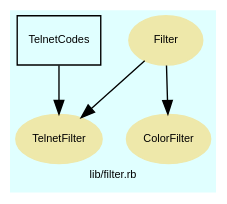
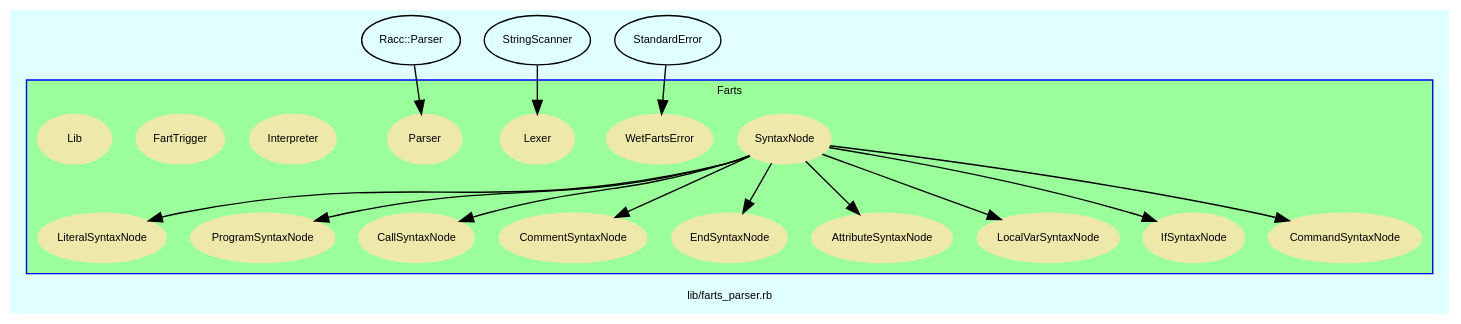
The diagram in doc/dot/f_8.dot (Tyche/teensymud), drawn with Graphviz before and after one commit. The commit also changed 166 other files, not shown here.

```diff
--- a/doc/dot/f_8.dot
+++ b/doc/dot/f_8.dot
@@ -3,56 +3,234 @@
     bgcolor = lightcyan1
     fontname = Arial
     fontsize = 8
-    label = "lib/filter.rb"
+    label = "lib/farts_parser.rb"
     node [
         fontname = Arial,
         fontsize = 8,
         color = black
     ]
 
-    TelnetFilter [
-        fontcolor = black,
-        URL = "classes/TelnetFilter.html",
-        shape = ellipse,
-        color = palegoldenrod,
-        style = filled,
-        label = "TelnetFilter"
-    ]
-
-    Filter [
-        fontcolor = black,
-        URL = "classes/Filter.html",
-        shape = ellipse,
-        color = palegoldenrod,
-        style = filled,
-        label = "Filter"
-    ]
-
-    ColorFilter [
-        fontcolor = black,
-        URL = "classes/ColorFilter.html",
-        shape = ellipse,
-        color = palegoldenrod,
-        style = filled,
-        label = "ColorFilter"
-    ]
-
-    TelnetCodes [
-        URL = "classes/TelnetCodes.html",
-        shape = box,
-        label = "TelnetCodes"
-    ]
-
-    TelnetCodes -> TelnetFilter [
+    Farts__SyntaxNode -> Farts__LiteralSyntaxNode [
 
     ]
 
-    Filter -> TelnetFilter [
+    Farts__SyntaxNode -> Farts__ProgramSyntaxNode [
 
     ]
 
-    Filter -> ColorFilter [
+    Racc__Parser [
+        URL = "classes/Racc/Parser.html",
+        label = "Racc::Parser"
+    ]
+
+    Racc__Parser -> Farts__Parser [
 
     ]
 
+    Farts__SyntaxNode -> Farts__CallSyntaxNode [
+
+    ]
+
+    Farts__SyntaxNode -> Farts__CommentSyntaxNode [
+
+    ]
+
+    Farts__SyntaxNode -> Farts__EndSyntaxNode [
+
+    ]
+
+    Farts__SyntaxNode -> Farts__AttributeSyntaxNode [
+
+    ]
+
+    Farts__SyntaxNode -> Farts__LocalVarSyntaxNode [
+
+    ]
+
+    StringScanner [
+        URL = "classes/StringScanner.html",
+        label = "StringScanner"
+    ]
+
+    StringScanner -> Farts__Lexer [
+
+    ]
+
+    Farts__SyntaxNode -> Farts__IfSyntaxNode [
+
+    ]
+
+    StandardError [
+        URL = "classes/StandardError.html",
+        label = "StandardError"
+    ]
+
+    StandardError -> Farts__WetFartsError [
+
+    ]
+
+    Farts__SyntaxNode -> Farts__CommandSyntaxNode [
+
+    ]
+
+    subgraph cluster_Farts {
+        fillcolor = palegreen1
+        URL = "classes/Farts.html"
+        fontname = Arial
+        color = blue
+        label = "Farts"
+        style = filled
+        Farts [
+            shape = plaintext,
+            height = 0.01,
+            width = 0.01,
+            label = ""
+        ]
+
+        Farts__LiteralSyntaxNode [
+            fontcolor = black,
+            URL = "classes/Farts/LiteralSyntaxNode.html",
+            shape = ellipse,
+            color = palegoldenrod,
+            style = filled,
+            label = "LiteralSyntaxNode"
+        ]
+
+        Farts__ProgramSyntaxNode [
+            fontcolor = black,
+            URL = "classes/Farts/ProgramSyntaxNode.html",
+            shape = ellipse,
+            color = palegoldenrod,
+            style = filled,
+            label = "ProgramSyntaxNode"
+        ]
+
+        Farts__Parser [
+            fontcolor = black,
+            URL = "classes/Farts/Parser.html",
+            shape = ellipse,
+            color = palegoldenrod,
+            style = filled,
+            label = "Parser"
+        ]
+
+        Farts__CallSyntaxNode [
+            fontcolor = black,
+            URL = "classes/Farts/CallSyntaxNode.html",
+            shape = ellipse,
+            color = palegoldenrod,
+            style = filled,
+            label = "CallSyntaxNode"
+        ]
+
+        Farts__Interpreter [
+            fontcolor = black,
+            URL = "classes/Farts/Interpreter.html",
+            shape = ellipse,
+            color = palegoldenrod,
+            style = filled,
+            label = "Interpreter"
+        ]
+
+        Farts__CommentSyntaxNode [
+            fontcolor = black,
+            URL = "classes/Farts/CommentSyntaxNode.html",
+            shape = ellipse,
+            color = palegoldenrod,
+            style = filled,
+            label = "CommentSyntaxNode"
+        ]
+
+        Farts__EndSyntaxNode [
+            fontcolor = black,
+            URL = "classes/Farts/EndSyntaxNode.html",
+            shape = ellipse,
+            color = palegoldenrod,
+            style = filled,
+            label = "EndSyntaxNode"
+        ]
+
+        Farts__FartTrigger [
+            fontcolor = black,
+            URL = "classes/Farts/FartTrigger.html",
+            shape = ellipse,
+            color = palegoldenrod,
+            style = filled,
+            label = "FartTrigger"
+        ]
+
+        Farts__AttributeSyntaxNode [
+            fontcolor = black,
+            URL = "classes/Farts/AttributeSyntaxNode.html",
+            shape = ellipse,
+            color = palegoldenrod,
+            style = filled,
+            label = "AttributeSyntaxNode"
+        ]
+
+        Farts__LocalVarSyntaxNode [
+            fontcolor = black,
+            URL = "classes/Farts/LocalVarSyntaxNode.html",
+            shape = ellipse,
+            color = palegoldenrod,
+            style = filled,
+            label = "LocalVarSyntaxNode"
+        ]
+
+        Farts__SyntaxNode [
+            fontcolor = black,
+            URL = "classes/Farts/SyntaxNode.html",
+            shape = ellipse,
+            color = palegoldenrod,
+            style = filled,
+            label = "SyntaxNode"
+        ]
+
+        Farts__Lib [
+            fontcolor = black,
+            URL = "classes/Farts/Lib.html",
+            shape = ellipse,
+            color = palegoldenrod,
+            style = filled,
+            label = "Lib"
+        ]
+
+        Farts__Lexer [
+            fontcolor = black,
+            URL = "classes/Farts/Lexer.html",
+            shape = ellipse,
+            color = palegoldenrod,
+            style = filled,
+            label = "Lexer"
+        ]
+
+        Farts__IfSyntaxNode [
+            fontcolor = black,
+            URL = "classes/Farts/IfSyntaxNode.html",
+            shape = ellipse,
+            color = palegoldenrod,
+            style = filled,
+            label = "IfSyntaxNode"
+        ]
+
+        Farts__WetFartsError [
+            fontcolor = black,
+            URL = "classes/Farts/WetFartsError.html",
+            shape = ellipse,
+            color = palegoldenrod,
+            style = filled,
+            label = "WetFartsError"
+        ]
+
+        Farts__CommandSyntaxNode [
+            fontcolor = black,
+            URL = "classes/Farts/CommandSyntaxNode.html",
+            shape = ellipse,
+            color = palegoldenrod,
+            style = filled,
+            label = "CommandSyntaxNode"
+        ]
+
+    }
+
 }
```
